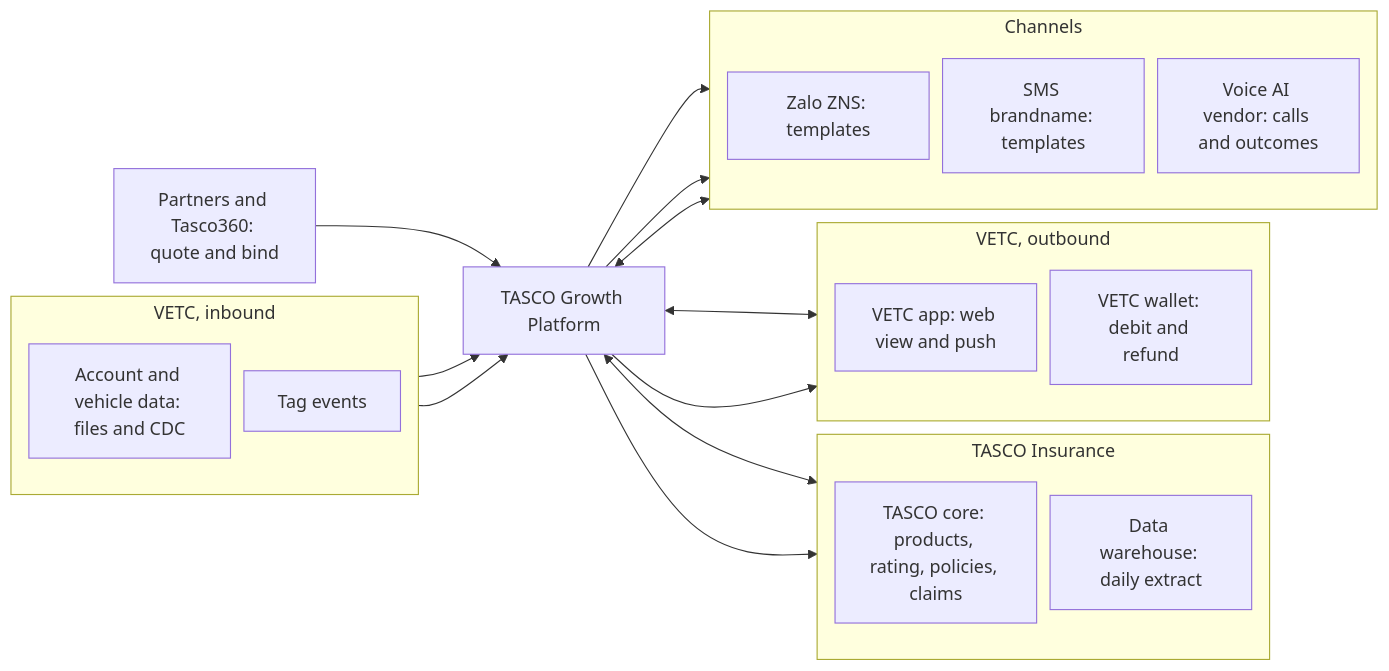
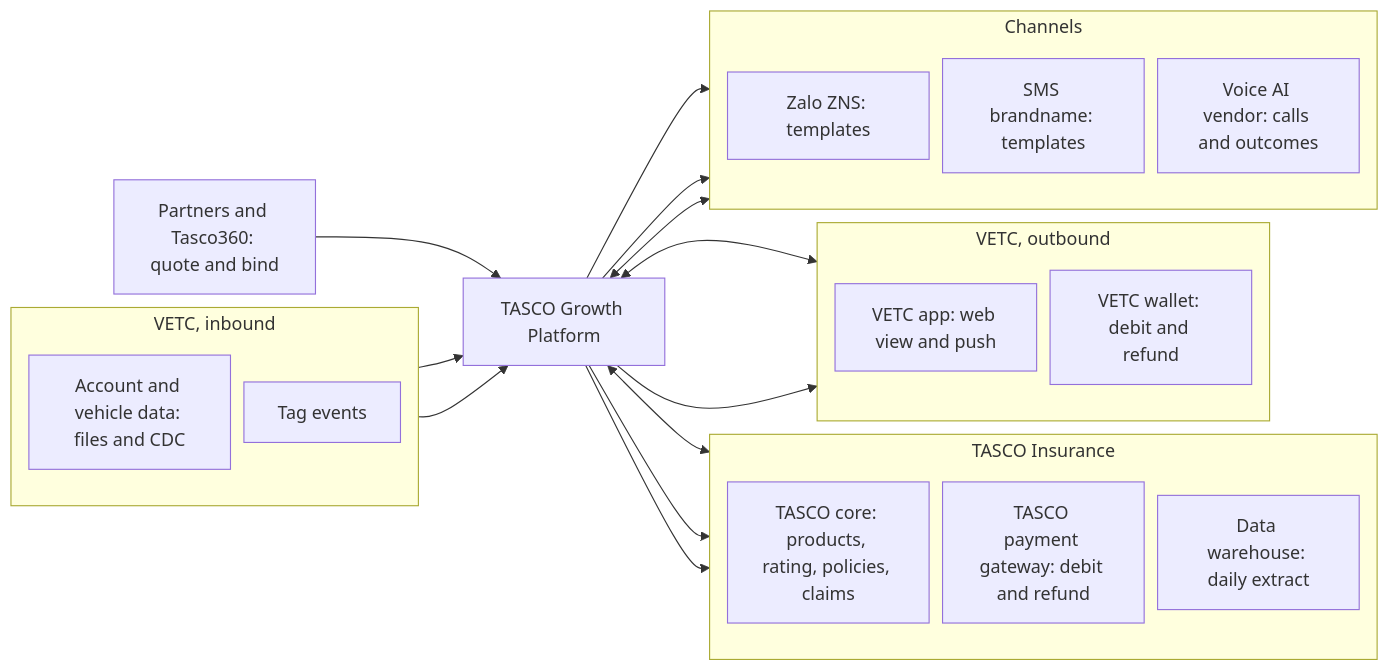
The first of 14 diagrams in tools/docs-source/docs/architecture/integration-architecture.md (IortaTexhNXT-DEV/TASCO), drawn with Mermaid before and after one commit. The commit also changed other lines of this file and 101 other files, not shown here.

First line of the commit message:
Voice script: link goes to TASCO Insurance's Zalo OA; vendored Mermaid for doc builds; review edits to business, quality and delivery documents

````diff
--- a/tools/docs-source/docs/architecture/integration-architecture.md
+++ b/tools/docs-source/docs/architecture/integration-architecture.md
@@ -115,38 +121,40 @@
 ```mermaid
 %% caption: Integration context: each external system and what it exchanges with the platform
 %%{init: {"flowchart": {"wrappingWidth": 120, "nodeSpacing": 12, "rankSpacing": 40, "subGraphTitleMargin": {"top": 2, "bottom": 8}}, "themeCSS": ".cluster-label .nodeLabel { display: inline-block; padding-right: 9em; }"}}%%
 flowchart LR
   subgraph VIN["VETC, inbound"]
     direction TB
     VDATA["Account and vehicle data: files and CDC"]
     VEVT["Tag events"]
   end
   PART["Partners and Tasco360: quote and bind"]
   GP["TASCO Growth Platform"]
   subgraph TAS["TASCO Insurance"]
     direction TB
     CORE["TASCO core: products, rating, policies, claims"]
+    TPAY["TASCO payment gateway: debit and refund"]
     DWH["Data warehouse: daily extract"]
   end
   subgraph VOUT["VETC, outbound"]
     direction TB
     VAPP["VETC app: web view and push"]
     VWAL["VETC wallet: debit and refund"]
   end
   subgraph EXT["Channels"]
     direction TB
     ZNS["Zalo ZNS: templates"]
     SMS["SMS brandname: templates"]
     VOICE["Voice AI vendor: calls and outcomes"]
   end
   VDATA --> GP
   VEVT --> GP
   PART --> GP
   GP <--> CORE
+  GP --> TPAY
   GP --> DWH
   GP <--> VAPP
   GP --> VWAL
   GP --> ZNS
   GP --> SMS
   GP <--> VOICE
 ```
````
